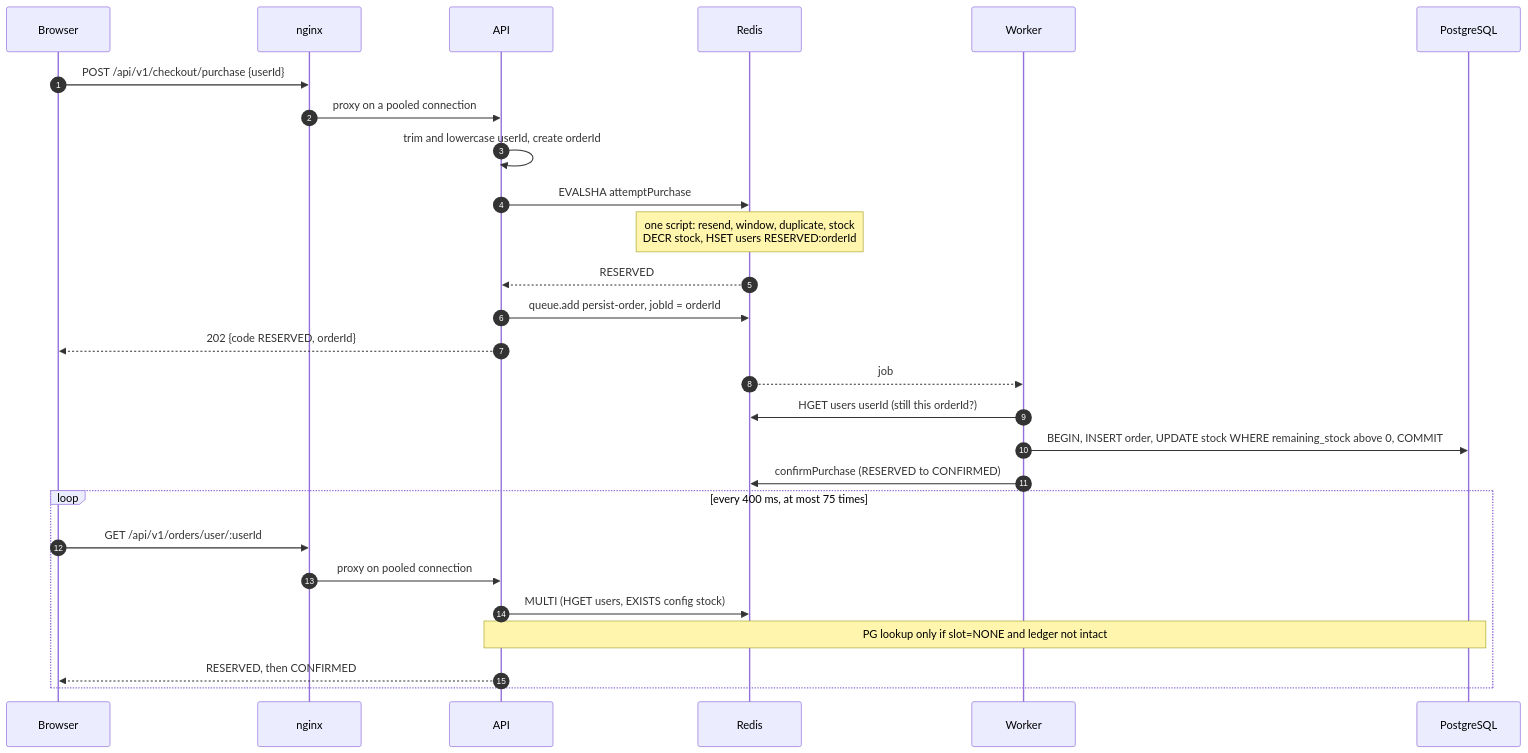
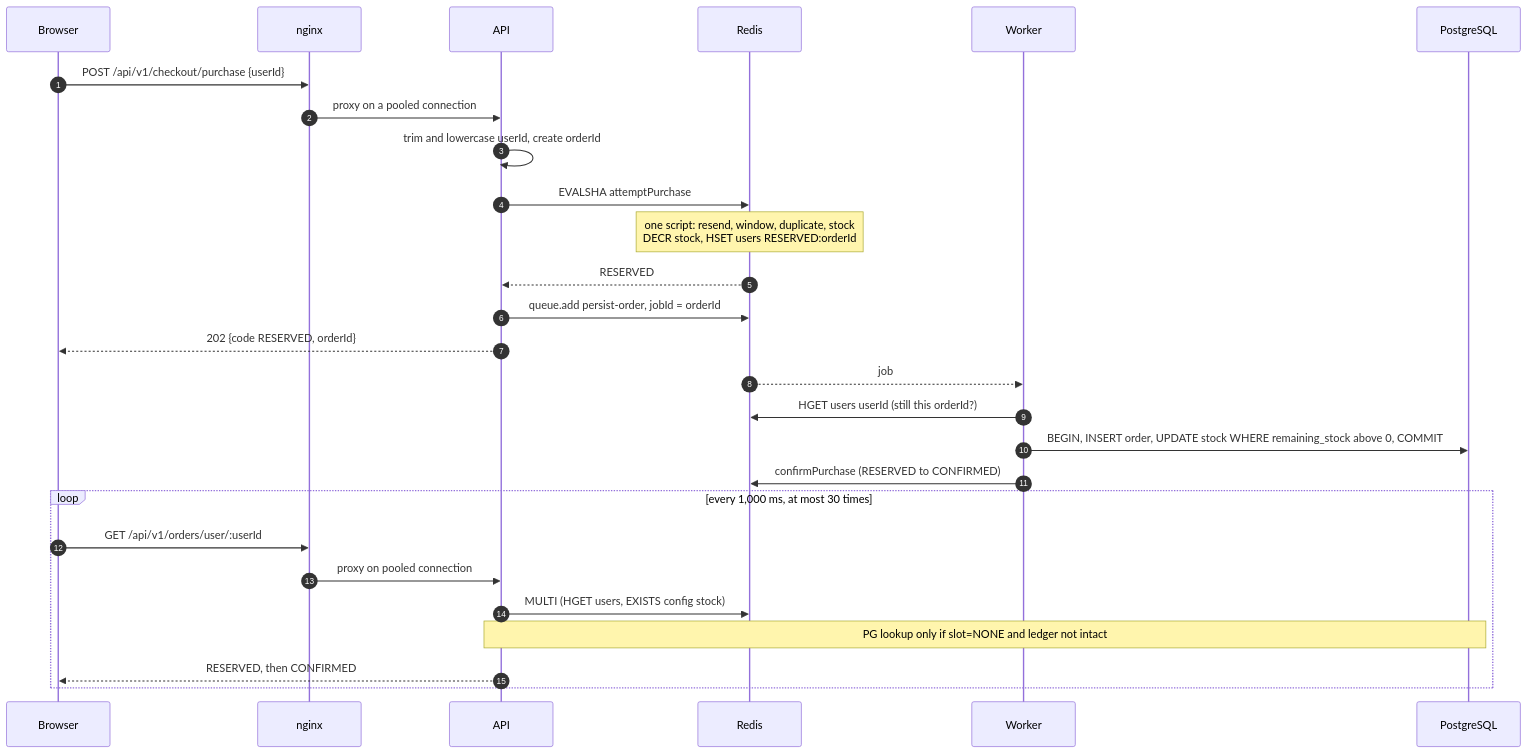
The first of 9 diagrams in docs/purchase-flow.md (minhhieple97/flash-sale-system), drawn with Mermaid before and after one commit. The commit also changed other lines of this file and 9 other files, not shown here.

Commit message:
docs: condense README and sync architecture, fault-tolerance, and benchmark docs

````diff
--- a/docs/purchase-flow.md
+++ b/docs/purchase-flow.md
@@ -9,30 +9,30 @@
 ```mermaid
 sequenceDiagram
     autonumber
     participant B as Browser
     participant N as nginx
     participant A as API
     participant R as Redis
     participant W as Worker
     participant P as PostgreSQL
 
     B->>N: POST /api/v1/checkout/purchase {userId}
     N->>A: proxy on a pooled connection
     A->>A: trim and lowercase userId, create orderId
     A->>R: EVALSHA attemptPurchase
     Note over R: one script: resend, window, duplicate, stock<br/>DECR stock, HSET users RESERVED:orderId
     R-->>A: RESERVED
     A->>R: queue.add persist-order, jobId = orderId
     A-->>B: 202 {code RESERVED, orderId}
     R-->>W: job
     W->>R: HGET users userId (still this orderId?)
     W->>P: BEGIN, INSERT order, UPDATE stock WHERE remaining_stock above 0, COMMIT
     W->>R: confirmPurchase (RESERVED to CONFIRMED)
-    loop every 400 ms, at most 75 times
+    loop every 1,000 ms, at most 30 times
         B->>N: GET /api/v1/orders/user/:userId
         N->>A: proxy on pooled connection
         A->>R: MULTI (HGET users, EXISTS config stock)
         Note over A,P: PG lookup only if slot=NONE and ledger not intact
         A-->>B: RESERVED, then CONFIRMED
     end
 ```
````
